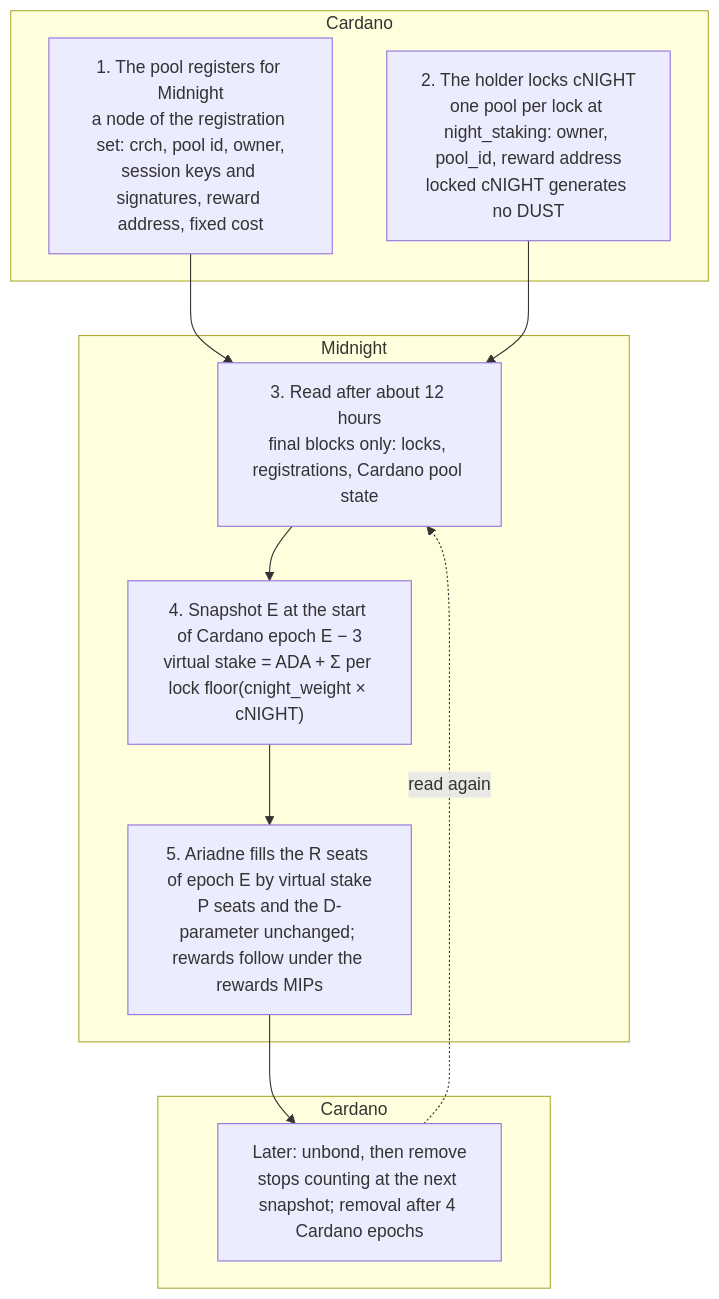
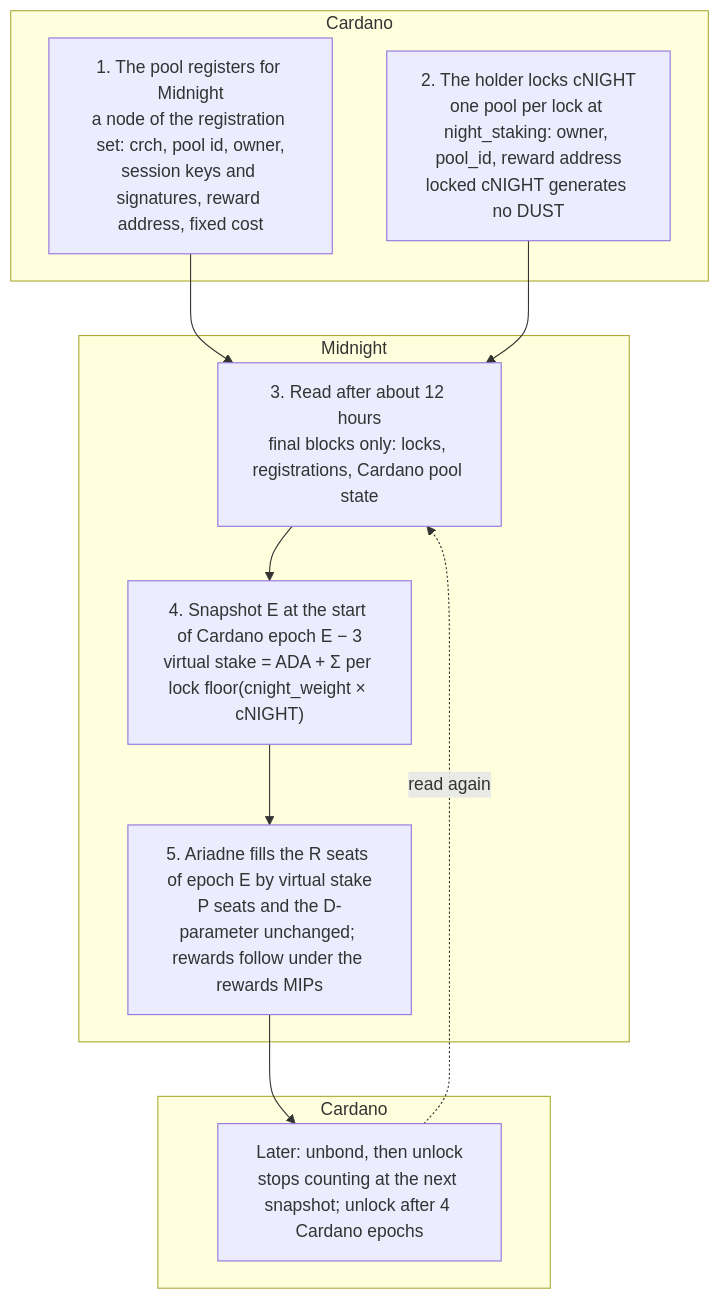
The diagram in mips/mip-xxxx-night-staking-on-cardano.md (midnightntwrk/midnight-improvement-proposals), drawn with Mermaid before and after one commit. The commit also changed other lines of this file, not shown here.

First line of the commit message:
MIP-xxxx NIGHT staking on Cardano: unbond rules and registration anchors

````diff
--- a/mips/mip-xxxx-night-staking-on-cardano.md
+++ b/mips/mip-xxxx-night-staking-on-cardano.md
@@ -224,19 +231,19 @@
 ```mermaid
 flowchart TB
     subgraph C1[Cardano]
         P["1. The pool registers for Midnight<br/>a node of the registration set: crch, pool id, owner,<br/>session keys and signatures, reward address, fixed cost"]
         L["2. The holder locks cNIGHT<br/>one pool per lock at night_staking: owner, pool_id, reward address<br/>locked cNIGHT generates no DUST"]
     end
     subgraph M[Midnight]
         O["3. Read after about 12 hours<br/>final blocks only: locks, registrations, Cardano pool state"]
         S["4. Snapshot E at the start of Cardano epoch E − 3<br/>virtual stake = ADA + Σ per lock floor(cnight_weight × cNIGHT)"]
         A["5. Ariadne fills the R seats of epoch E by virtual stake<br/>P seats and the D-parameter unchanged; rewards follow under the rewards MIPs"]
     end
     subgraph C2[Cardano]
-        U["Later: unbond, then remove<br/>stops counting at the next snapshot; removal after 4 Cardano epochs"]
+        U["Later: unbond, then unlock<br/>stops counting at the next snapshot; unlock after 4 Cardano epochs"]
     end
     P --> O
     L --> O
     O --> S --> A --> U
     U -. read again .-> O
 ```
````
